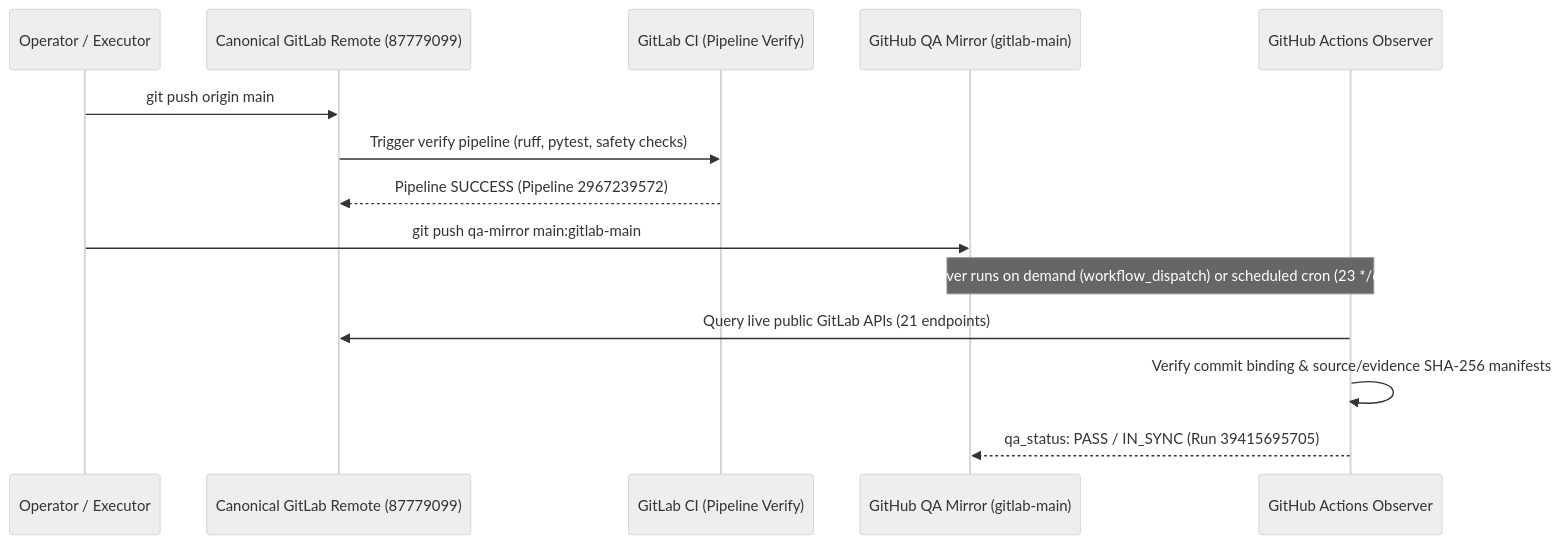
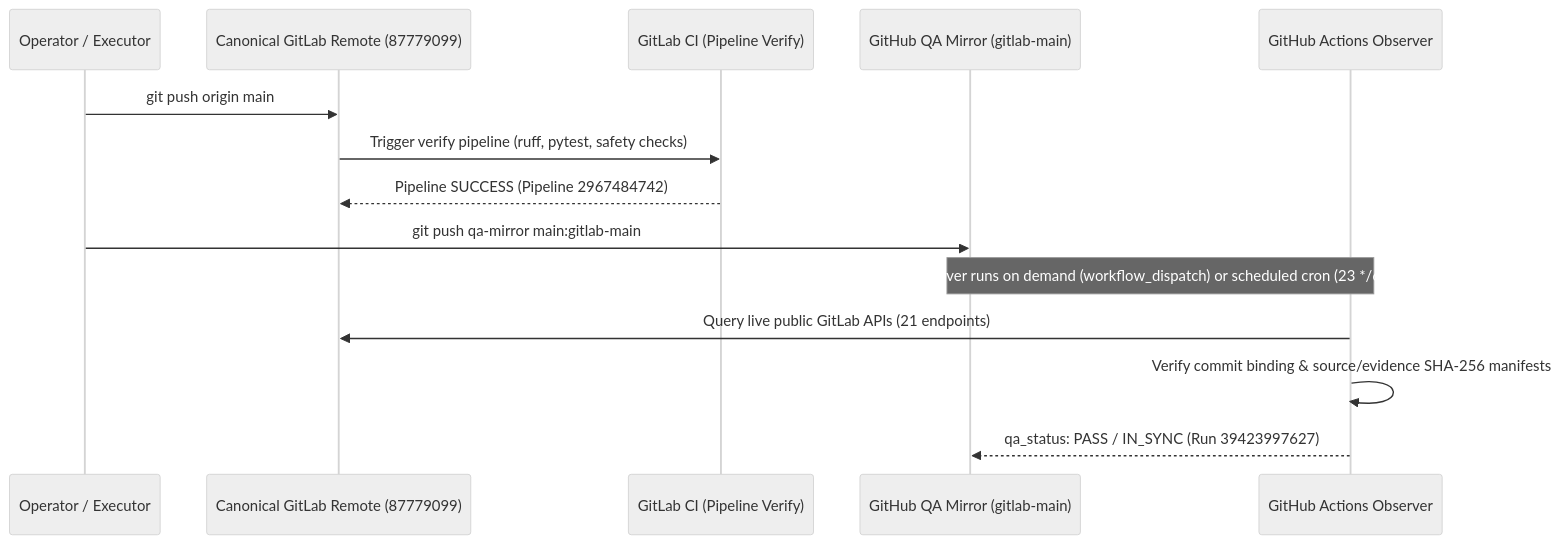
The fifth of 5 diagrams in plans/TERMIVANCE_MASTER_EXECUTION_PLAN.md (zyganali-glitch/termivance-qa-mirror), drawn with Mermaid (neutral theme) before and after one commit. The commit also changed other lines of this file, not shown here.

````diff
--- a/plans/TERMIVANCE_MASTER_EXECUTION_PLAN.md
+++ b/plans/TERMIVANCE_MASTER_EXECUTION_PLAN.md
@@ -1276,17 +1351,17 @@
 ```mermaid
 sequenceDiagram
     participant Dev as Operator / Executor
     participant GL as Canonical GitLab Remote (87779099)
     participant CI as GitLab CI (Pipeline Verify)
     participant GH as GitHub QA Mirror (gitlab-main)
     participant Obs as GitHub Actions Observer
 
     Dev->>GL: git push origin main
     GL->>CI: Trigger verify pipeline (ruff, pytest, safety checks)
-    CI-->>GL: Pipeline SUCCESS (Pipeline 2967239572)
+    CI-->>GL: Pipeline SUCCESS (Pipeline 2967484742)
     Dev->>GH: git push qa-mirror main:gitlab-main
     Note over GH,Obs: Observer runs on demand (workflow_dispatch) or scheduled cron (23 */6 * * *)
     Obs->>GL: Query live public GitLab APIs (21 endpoints)
     Obs->>Obs: Verify commit binding & source/evidence SHA-256 manifests
-    Obs-->>GH: qa_status: PASS / IN_SYNC (Run 39415695705)
+    Obs-->>GH: qa_status: PASS / IN_SYNC (Run 39423997627)
 ```
````
